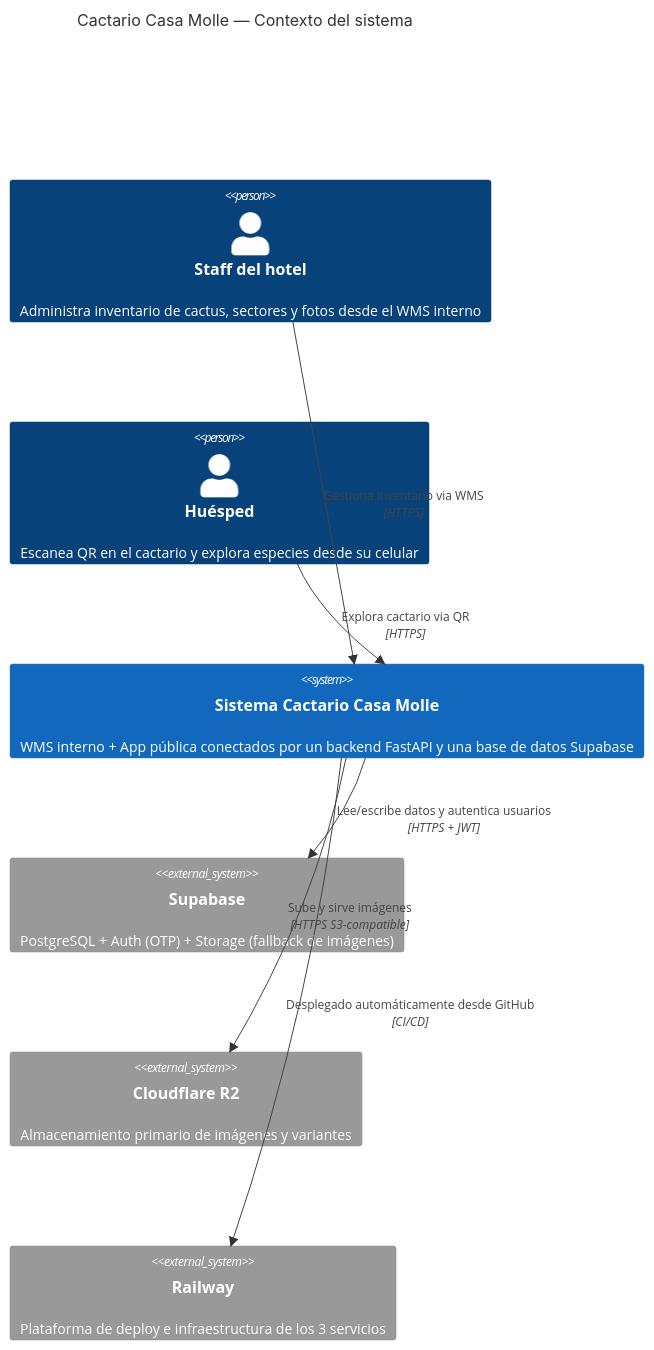
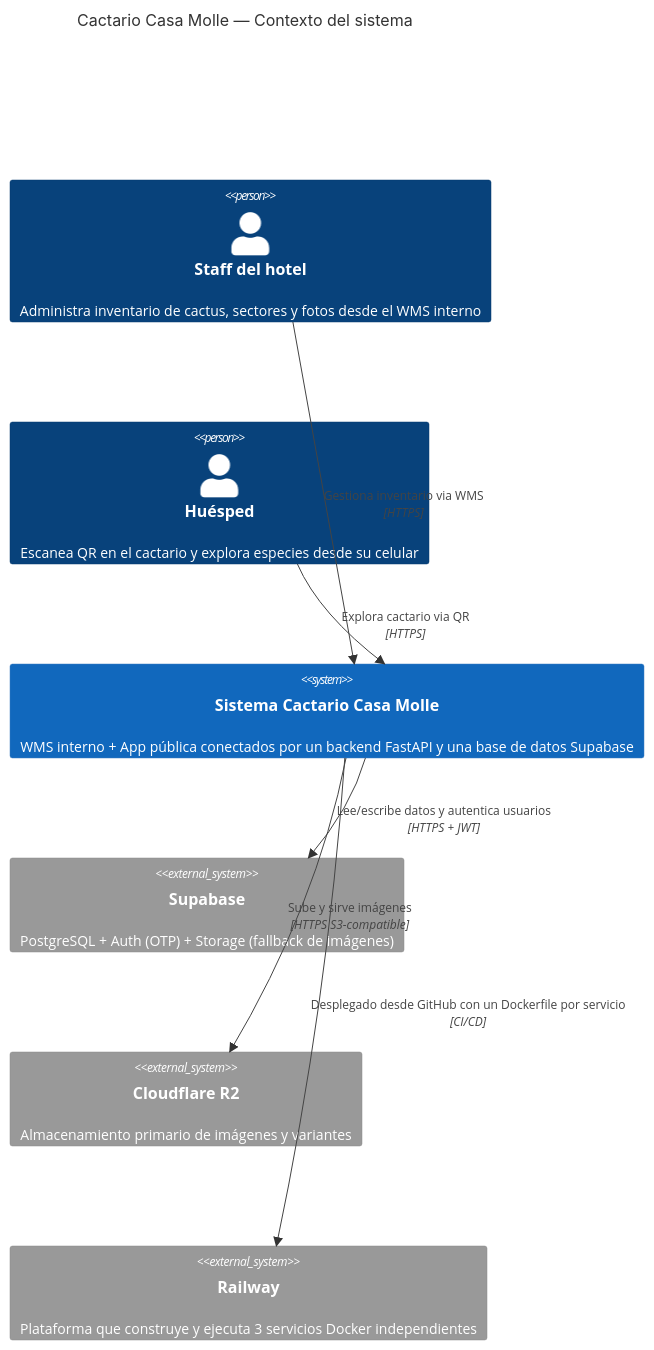
Before and after one commit to felicanales/CactarioCasaMolle: the first of 9 diagrams in docs/architecture.md, drawn with Mermaid. The commit also changed other lines of this file, not shown here.

Commit message:
refactor(architecture): enhance clarity and detail in system architecture documentation

````diff
--- a/docs/architecture.md
+++ b/docs/architecture.md
@@ -11,19 +11,19 @@
 ```mermaid
 C4Context
   title Cactario Casa Molle — Contexto del sistema
 
   Person(staff, "Staff del hotel", "Administra inventario de cactus, sectores y fotos desde el WMS interno")
   Person(huesped, "Huésped", "Escanea QR en el cactario y explora especies desde su celular")
 
   System(cactario, "Sistema Cactario Casa Molle", "WMS interno + App pública conectados por un backend FastAPI y una base de datos Supabase")
 
   System_Ext(supabase, "Supabase", "PostgreSQL + Auth (OTP) + Storage (fallback de imágenes)")
   System_Ext(r2, "Cloudflare R2", "Almacenamiento primario de imágenes y variantes")
-  System_Ext(railway, "Railway", "Plataforma de deploy e infraestructura de los 3 servicios")
+  System_Ext(railway, "Railway", "Plataforma que construye y ejecuta 3 servicios Docker independientes")
 
   Rel(staff, cactario, "Gestiona inventario via WMS", "HTTPS")
   Rel(huesped, cactario, "Explora cactario via QR", "HTTPS")
   Rel(cactario, supabase, "Lee/escribe datos y autentica usuarios", "HTTPS + JWT")
   Rel(cactario, r2, "Sube y sirve imágenes", "HTTPS S3-compatible")
-  Rel(cactario, railway, "Desplegado automáticamente desde GitHub", "CI/CD")
+  Rel(cactario, railway, "Desplegado desde GitHub con un Dockerfile por servicio", "CI/CD")
 ```
````
